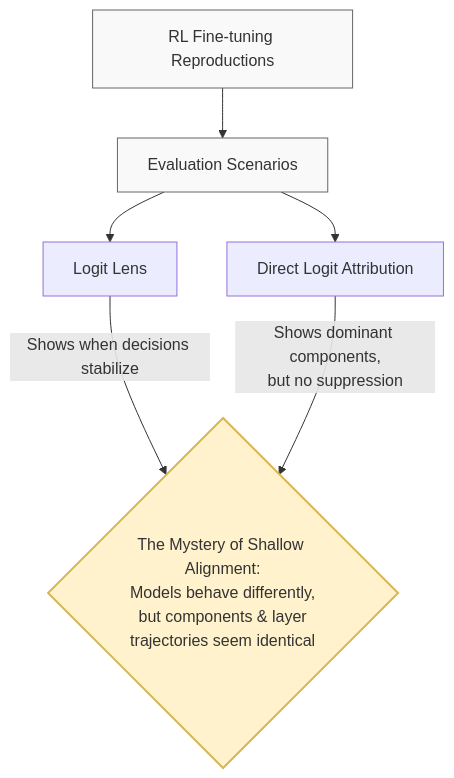
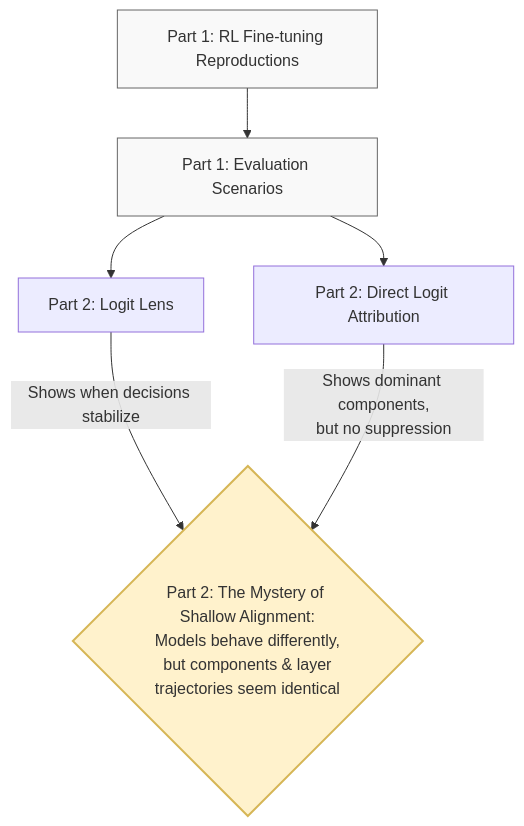
One commit to tylercrosse/LLM_morality changed the second of 5 diagrams in WRITE_UP.md. Above: the diagram before and after it, drawn with Mermaid. The commit also changed other lines of this file and 1 other file, not shown here.

````diff
--- a/WRITE_UP.md
+++ b/WRITE_UP.md
@@ -295,18 +255,18 @@
 ```mermaid
 graph TD
     classDef setup fill:#f9f9f9,stroke:#666,stroke-width:1px;
     classDef feature fill:#fff2cc,stroke:#d6b656,stroke-width:2px;
 
     %% Base Setup
-    FT[RL Fine-tuning Reproductions] --> Eval[Evaluation Scenarios]
-    Eval --> LL[Logit Lens]
-    Eval --> DLA[Direct Logit Attribution]
+    FT[Part 1: RL Fine-tuning Reproductions] --> Eval[Part 1: Evaluation Scenarios]
+    Eval --> LL[Part 2: Logit Lens]
+    Eval --> DLA[Part 2: Direct Logit Attribution]
 
     class FT,Eval setup;
 
     %% The Mystery
-    LL -- Shows when decisions stabilize --> Mystery{The Mystery of Shallow Alignment:<br>Models behave differently,<br>but components & layer<br>trajectories seem identical}
+    LL -- Shows when decisions stabilize --> Mystery{Part 2: The Mystery of Shallow Alignment:<br>Models behave differently,<br>but components & layer<br>trajectories seem identical}
     DLA -- Shows dominant components,<br>but no suppression --> Mystery
 
     class Mystery feature;
 ```
````
